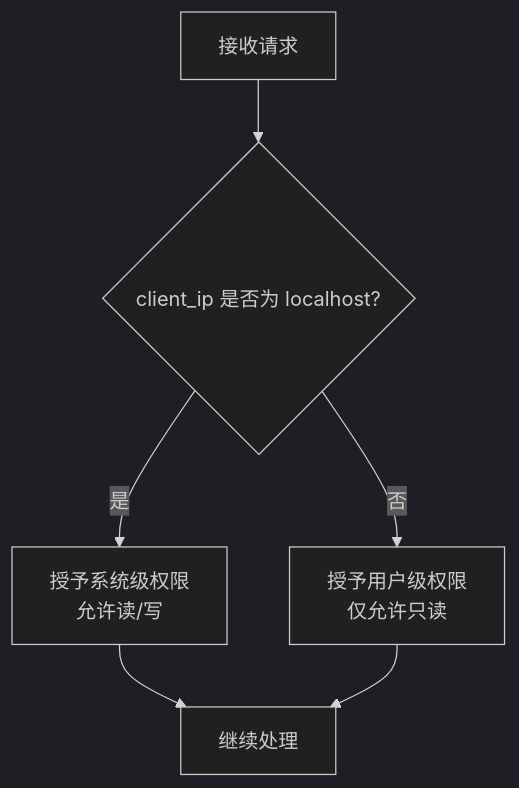
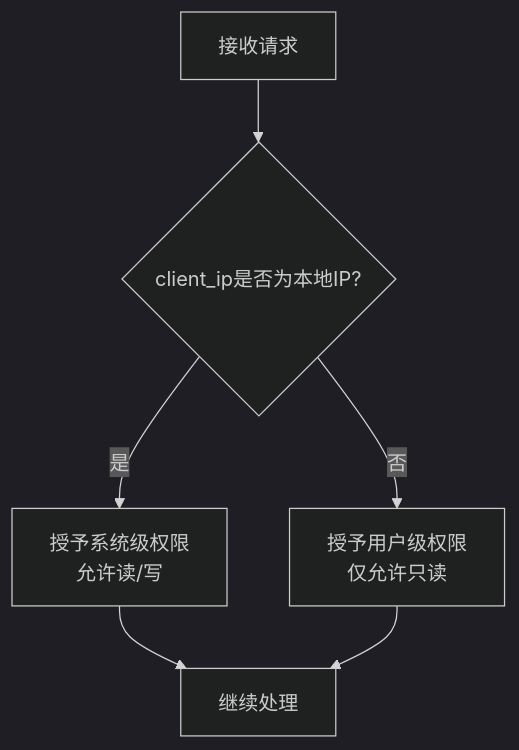
Before and after one commit to rookie-wind/web_ai: the sixth of 9 diagrams in .qoder/repowiki/zh/content/项目概述/核心功能特性/认证授权系统.md, drawn with Mermaid (dark theme). The commit also changed other lines of this file and 117 other files, not shown here.

````diff
--- a/.qoder/repowiki/zh/content/项目概述/核心功能特性/认证授权系统.md
+++ b/.qoder/repowiki/zh/content/项目概述/核心功能特性/认证授权系统.md
@@ -150,8 +281,8 @@
 ```mermaid
 flowchart TD
-A["接收请求"] --> B{"client_ip 是否为 localhost?"}
+A["接收请求"] --> B{"client_ip是否为本地IP?"}
 B --> |是| C["授予系统级权限<br/>允许读/写"]
 B --> |否| D["授予用户级权限<br/>仅允许只读"]
 C --> E["继续处理"]
 D --> E
 ```
````
